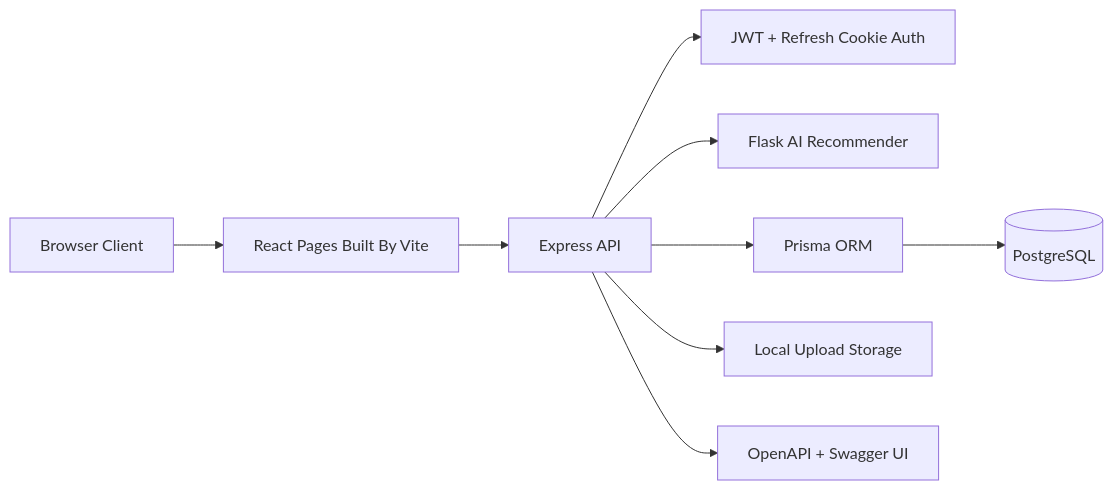
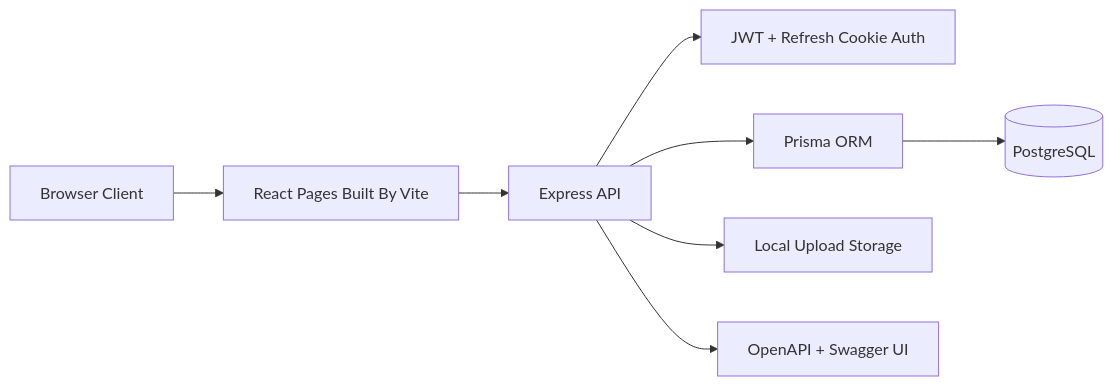
One commit to E-m-ad/Graduation-Project changed the first of 5 diagrams in README.md. Above: the diagram before and after it, drawn with Mermaid. The commit also changed other lines of this file and 35 other files, not shown here.

````diff
--- a/README.md
+++ b/README.md
@@ -128,11 +125,10 @@
 ```mermaid
 flowchart LR
   Browser[Browser Client] --> Frontend[React Pages Built By Vite]
   Frontend --> API[Express API]
   API --> Auth[JWT + Refresh Cookie Auth]
-  API --> Recommender[Flask AI Recommender]
   API --> Prisma[Prisma ORM]
   Prisma --> Postgres[(PostgreSQL)]
   API --> Uploads[Local Upload Storage]
   API --> Docs[OpenAPI + Swagger UI]
 ```
````
